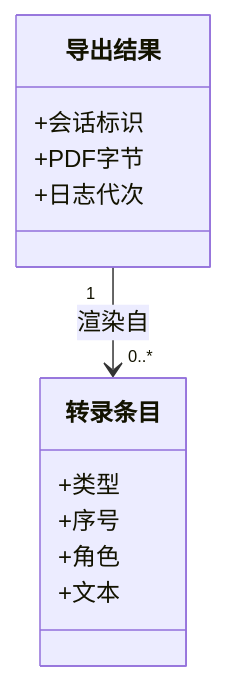
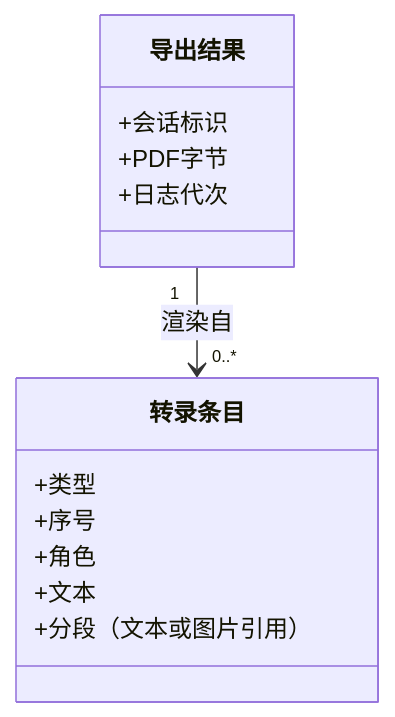
Before and after one commit to ccll/dsh-export-pdf: the fourth of 6 diagrams in SOLUTION.md, drawn with Mermaid. The commit also changed other lines of this file and 27 other files, not shown here.

First line of the commit message:
⭐ 功能(export-pdf): 增加图片三态导出（T-007）

````diff
--- a/SOLUTION.md
+++ b/SOLUTION.md
@@ -132,15 +138,16 @@
 ```mermaid
 classDiagram
   class 转录条目 {
     +类型
     +序号
     +角色
     +文本
+    +分段（文本或图片引用）
   }
   class 导出结果 {
     +会话标识
     +PDF字节
     +日志代次
   }
   导出结果 "1" --> "0..*" 转录条目 : 渲染自
 ```
````
